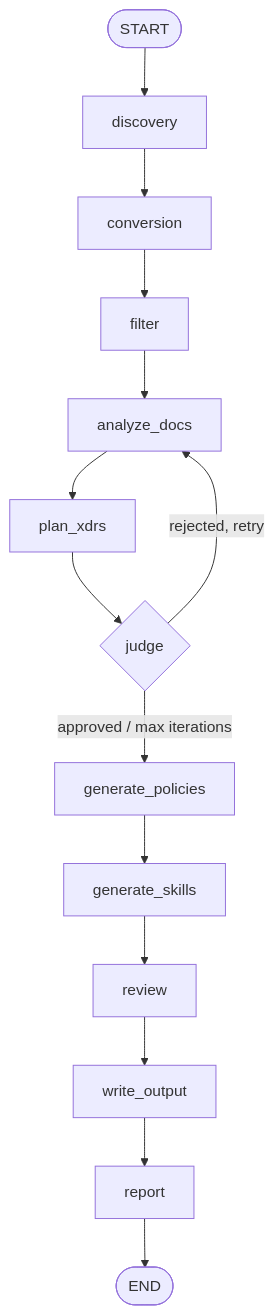
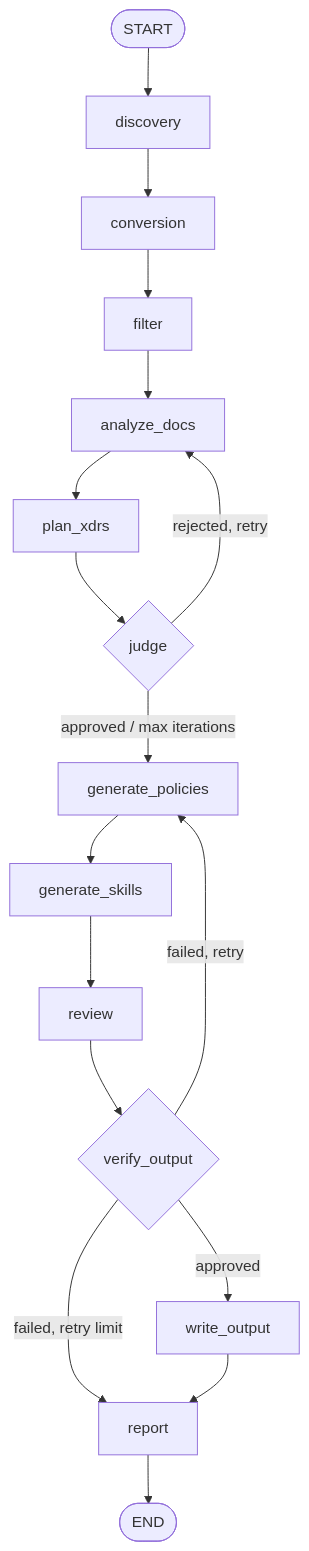
Before and after one commit to flaviostutz/xdrs-tools: the diagram in xdrs-compiler/README.md, drawn with Mermaid. The commit also changed other lines of this file and 89 other files, not shown here.

````diff
--- a/xdrs-compiler/README.md
+++ b/xdrs-compiler/README.md
@@ -58,16 +58,19 @@
 ```mermaid
 flowchart TD
     A([START]) --> B[discovery]
     B --> C[conversion]
     C --> D[filter]
     D --> E[analyze_docs]
     E --> F[plan_xdrs]
     F --> G{judge}
     G -->|approved / max iterations| H[generate_policies]
     G -->|rejected, retry| E
     H --> I[generate_skills]
     I --> J[review]
-    J --> K[write_output]
-    K --> L[report]
-    L --> M([END])
+    J --> K{verify_output}
+    K -->|approved| L[write_output]
+    K -->|failed, retry| H
+    K -->|failed, retry limit| M[report]
+    L --> M
+    M --> N([END])
 ```
````
